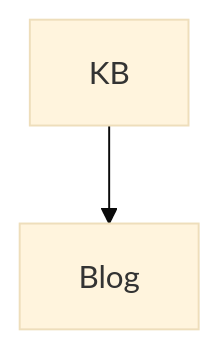
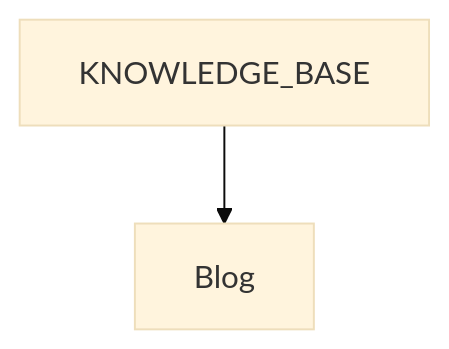
Before and after one commit to R3gardless/r3gardless.dev: the diagram in tests/fixtures/kb/KNOWELDGE_BASE/dev/blog/wiki/published-note.md, drawn with Mermaid (base theme). The commit also changed 33 other files, not shown here.

````diff
--- a/tests/fixtures/kb/KNOWELDGE_BASE/dev/blog/wiki/published-note.md
+++ b/tests/fixtures/kb/KNOWELDGE_BASE/dev/blog/wiki/published-note.md
@@ -44,4 +44,4 @@
 ```mermaid
 flowchart TD
-  A[KB] --> B[Blog]
+  A[KNOWLEDGE_BASE] --> B[Blog]
 ```
````
